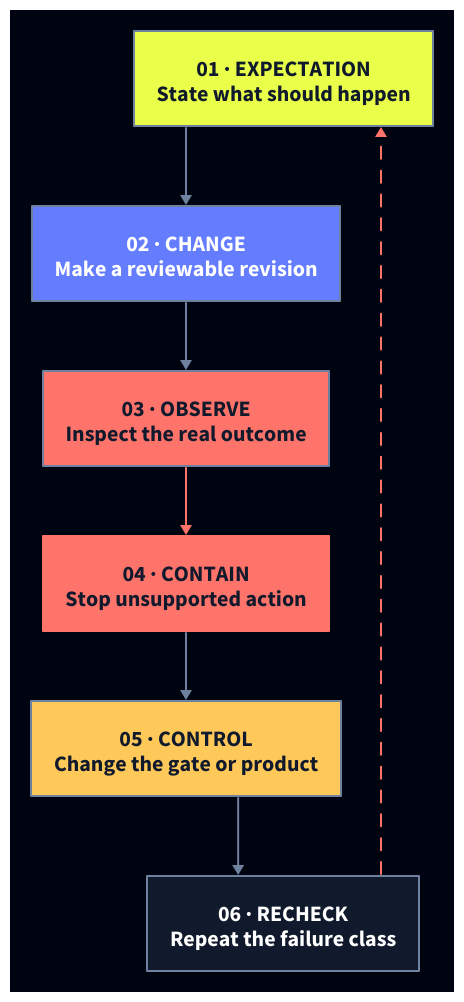
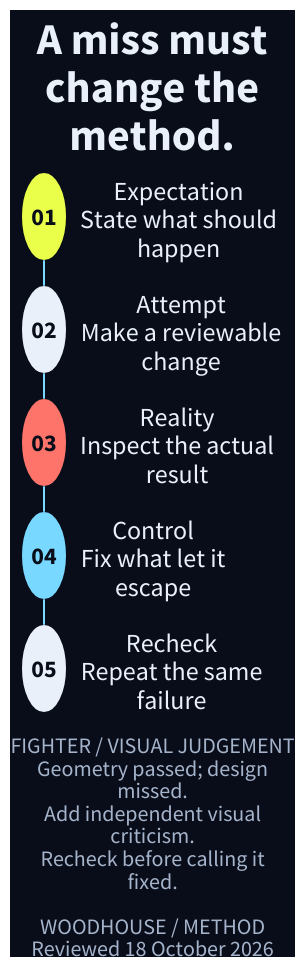
The diagram in diagrams/failure-loop-mobile.d2 (loftwah/woodhouse-new), drawn with D2 before and after one commit. The commit also changed 83 other files, not shown here.

Commit message:
Rebuild Woodhouse technical plates and the founding feature

```diff
--- a/diagrams/failure-loop-mobile.d2
+++ b/diagrams/failure-loop-mobile.d2
@@ -1,16 +1,135 @@
+# Woodhouse authored technical plate. Reviewed 18 October 2026.
+# Shape grammar: text = work; circle = responsibility; diamond = decision;
+# labelled stop = evidence boundary; dashed line = return or conditional path.
+# This is a method/relationship, not a claim that every project passed it.
+vars: {d2-config: {layout-engine: elk; theme-id: 0; pad: 16}}
+style.fill: "#080D19"
 direction: down
-vars: {d2-config: {layout-engine: elk; theme-id: 201}}
+grid-rows: 5
+grid-columns: 2
+horizontal-gap: 16
+vertical-gap: 28
 
-belief: "01 · EXPECTATION\nState what should happen" {style.fill: "#E9FF49"; style.stroke: "#6E819F"; style.stroke-width: 2; style.font-color: "#111A2C"; style.font-size: 22; style.bold: true}
-attempt: "02 · CHANGE\nMake a reviewable revision" {style.fill: "#647DFF"; style.stroke: "#6E819F"; style.stroke-width: 2; style.font-color: "#FFFFFF"; style.font-size: 22; style.bold: true}
-observe: "03 · OBSERVE\nInspect the real outcome" {style.fill: "#FF746A"; style.stroke: "#6E819F"; style.stroke-width: 2; style.font-color: "#111A2C"; style.font-size: 22; style.bold: true}
-contain: "04 · CONTAIN\nStop unsupported action" {style.fill: "#FF746A"; style.stroke: "#FF746A"; style.stroke-width: 2; style.font-color: "#111A2C"; style.font-size: 22; style.bold: true}
-control: "05 · CONTROL\nChange the gate or product" {style.fill: "#FFC95A"; style.stroke: "#6E819F"; style.stroke-width: 2; style.font-color: "#111A2C"; style.font-size: 22; style.bold: true}
-recheck: "06 · RECHECK\nRepeat the failure class" {style.fill: "#111A2C"; style.stroke: "#6E819F"; style.stroke-width: 2; style.font-color: "#FFFFFF"; style.font-size: 22; style.bold: true}
-
-belief -> attempt {style.stroke: "#6E819F"; style.stroke-width: 2; style.font-size: 15}
-attempt -> observe {style.stroke: "#6E819F"; style.stroke-width: 2; style.font-size: 15}
-observe -> contain {style.stroke: "#FF746A"; style.stroke-width: 2; style.font-size: 15}
-contain -> control {style.stroke: "#6E819F"; style.stroke-width: 2; style.font-size: 15}
-control -> recheck {style.stroke: "#6E819F"; style.stroke-width: 2; style.font-size: 15}
-recheck -> belief {style.stroke: "#FF746A"; style.stroke-width: 2; style.stroke-dash: 6; style.font-size: 15}
+plate_title: "A miss must\nchange the\nmethod." {
+  shape: text
+  style.font-color: "#EAF0FA"
+  style.font-size: 44
+  style.fill: "transparent"
+  style.stroke: "#EAF0FA"
+  style.stroke-width: 0
+  style.bold: true
+}
+plate_title.near: top-center
+r0: "01" {
+  label.near: center-center
+  shape: circle
+  style.font-color: "#080D19"
+  style.font-size: 24
+  style.fill: "#E9FF49"
+  style.stroke: "#E9FF49"
+  style.stroke-width: 2
+  width: 42
+  height: 42
+  style.bold: true
+}
+t0: "Expectation\nState what should\nhappen" {
+  shape: text
+  style.font-color: "#EAF0FA"
+  style.font-size: 26
+  style.fill: "transparent"
+  style.stroke: "#EAF0FA"
+  style.stroke-width: 0
+}
+r1: "02" {
+  label.near: center-center
+  shape: circle
+  style.font-color: "#080D19"
+  style.font-size: 24
+  style.fill: "#EAF0FA"
+  style.stroke: "#EAF0FA"
+  style.stroke-width: 2
+  width: 42
+  height: 42
+  style.bold: true
+}
+t1: "Attempt\nMake a reviewable\nchange" {
+  shape: text
+  style.font-color: "#EAF0FA"
+  style.font-size: 26
+  style.fill: "transparent"
+  style.stroke: "#EAF0FA"
+  style.stroke-width: 0
+}
+r2: "03" {
+  label.near: center-center
+  shape: circle
+  style.font-color: "#080D19"
+  style.font-size: 24
+  style.fill: "#FF746A"
+  style.stroke: "#FF746A"
+  style.stroke-width: 2
+  width: 42
+  height: 42
+  style.bold: true
+}
+t2: "Reality\nInspect the actual\nresult" {
+  shape: text
+  style.font-color: "#EAF0FA"
+  style.font-size: 26
+  style.fill: "transparent"
+  style.stroke: "#EAF0FA"
+  style.stroke-width: 0
+}
+r3: "04" {
+  label.near: center-center
+  shape: circle
+  style.font-color: "#080D19"
+  style.font-size: 24
+  style.fill: "#79D8FF"
+  style.stroke: "#79D8FF"
+  style.stroke-width: 2
+  width: 42
+  height: 42
+  style.bold: true
+}
+t3: "Control\nFix what let it\nescape" {
+  shape: text
+  style.font-color: "#EAF0FA"
+  style.font-size: 26
+  style.fill: "transparent"
+  style.stroke: "#EAF0FA"
+  style.stroke-width: 0
+}
+r4: "05" {
+  label.near: center-center
+  shape: circle
+  style.font-color: "#080D19"
+  style.font-size: 24
+  style.fill: "#EAF0FA"
+  style.stroke: "#EAF0FA"
+  style.stroke-width: 2
+  width: 42
+  height: 42
+  style.bold: true
+}
+t4: "Recheck\nRepeat the same\nfailure" {
+  shape: text
+  style.font-color: "#EAF0FA"
+  style.font-size: 26
+  style.fill: "transparent"
+  style.stroke: "#EAF0FA"
+  style.stroke-width: 0
+}
+r0 -> r1: "" {style.stroke: "#79D8FF"; style.stroke-width: 2; style.font-color: "#79D8FF"; style.font-size: 22; target-arrowhead.shape: none;}
+r1 -> r2: "" {style.stroke: "#79D8FF"; style.stroke-width: 2; style.font-color: "#79D8FF"; style.font-size: 22; target-arrowhead.shape: none;}
+r2 -> r3: "" {style.stroke: "#79D8FF"; style.stroke-width: 2; style.font-color: "#79D8FF"; style.font-size: 22; target-arrowhead.shape: none;}
+r3 -> r4: "" {style.stroke: "#79D8FF"; style.stroke-width: 2; style.font-color: "#79D8FF"; style.font-size: 22; target-arrowhead.shape: none;}
+plate_note: "FIGHTER / VISUAL JUDGEMENT\nGeometry passed; design\nmissed.\nAdd independent visual\ncriticism.\nRecheck before calling it\nfixed.\n\nWOODHOUSE / METHOD\nReviewed 18 October 2026" {
+  shape: text
+  style.font-color: "#A6B4CB"
+  style.font-size: 22
+  style.fill: "transparent"
+  style.stroke: "#A6B4CB"
+  style.stroke-width: 0
+}
+plate_note.near: bottom-center
```
